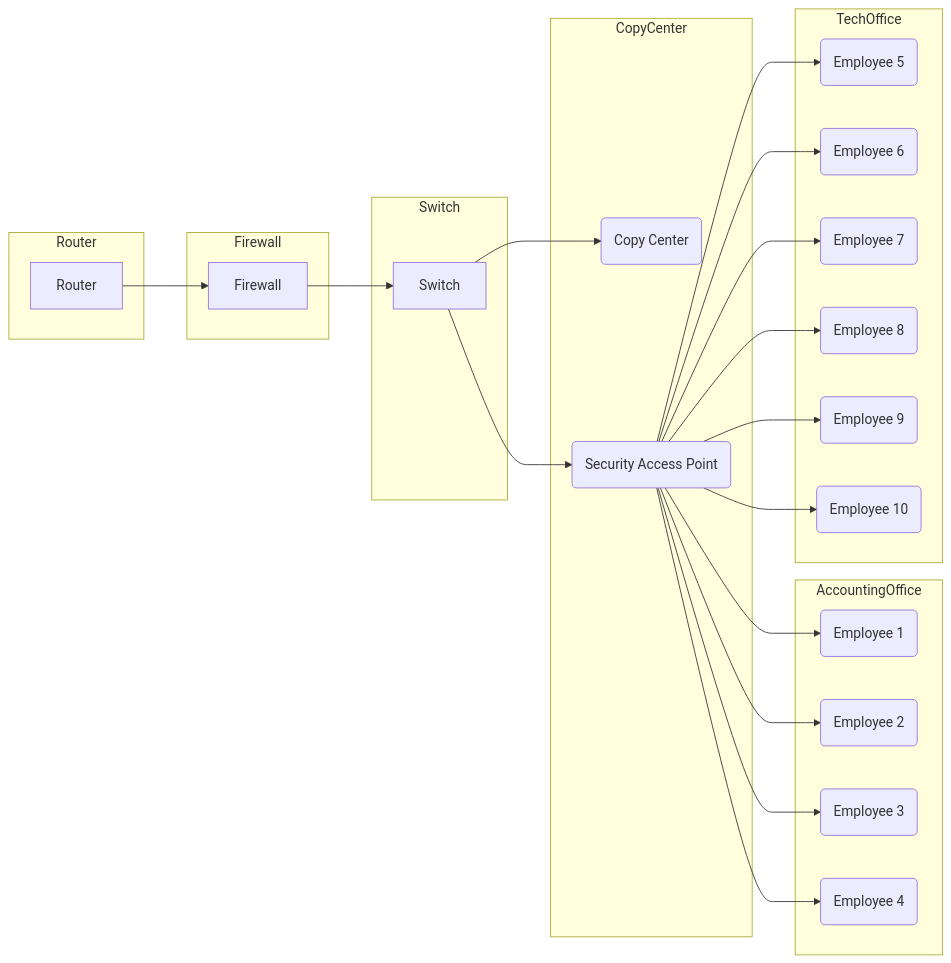
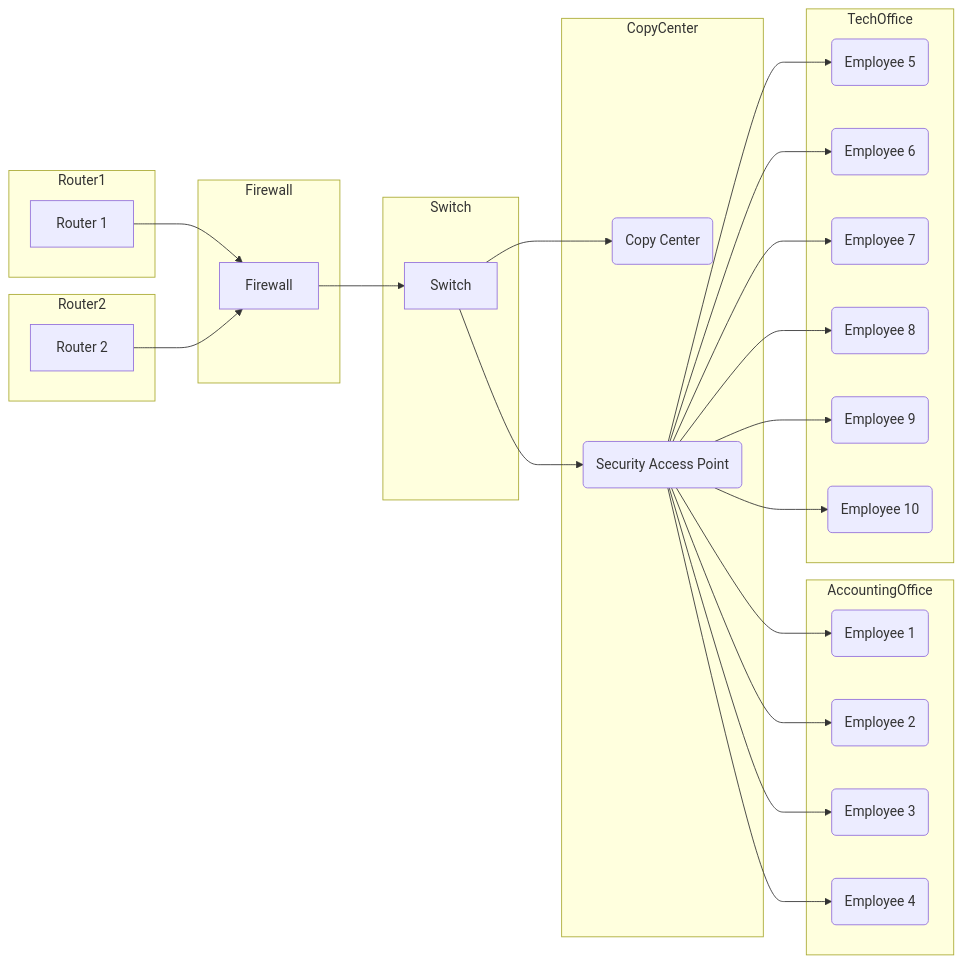
One commit to gabe91/Inflation changed the diagram in network_diagram.mmd. Above: the diagram before and after it, drawn with Mermaid.

```diff
--- a/network_diagram.mmd
+++ b/network_diagram.mmd
@@ -1,48 +1,53 @@
 graph LR
-    subgraph Router
-        r[Router]
+    subgraph Router1
+        r1[Router 1]
+    end
+
+    subgraph Router2
+        r2[Router 2]
     end
 
     subgraph Firewall
         f[Firewall]
     end
 
     subgraph Switch
         sw[Switch]
     end
     
     subgraph CopyCenter
         cc(Copy Center)
         sap(Security Access Point)
     end
 
     subgraph AccountingOffice
         ao1(Employee 1)
         ao2(Employee 2)
         ao3(Employee 3)
         ao4(Employee 4)
     end
 
     subgraph TechOffice
         to1(Employee 5)
         to2(Employee 6)
         to3(Employee 7)
         to4(Employee 8)
         to5(Employee 9)
         to6(Employee 10)
     end
 
-    r --> f
+    r1 --> f
+    r2 --> f
     f --> sw
     sw --> cc
     sw --> sap
     sap --> ao1
     sap --> ao2
     sap --> ao3
     sap --> ao4
     sap --> to1
     sap --> to2
     sap --> to3
     sap --> to4
     sap --> to5
     sap --> to6
```
